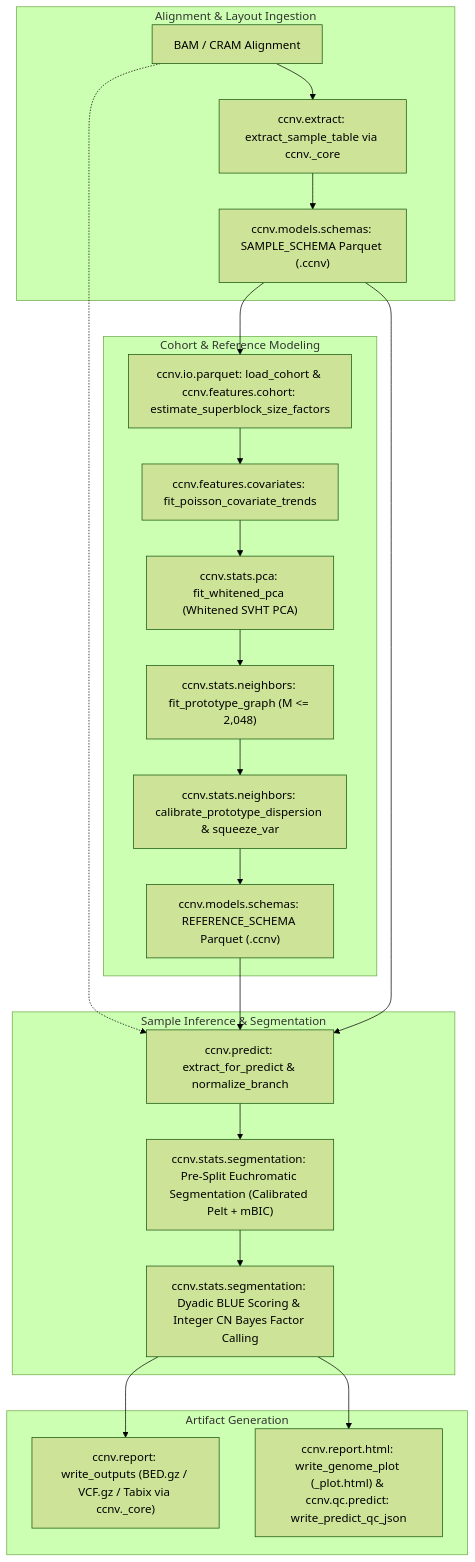
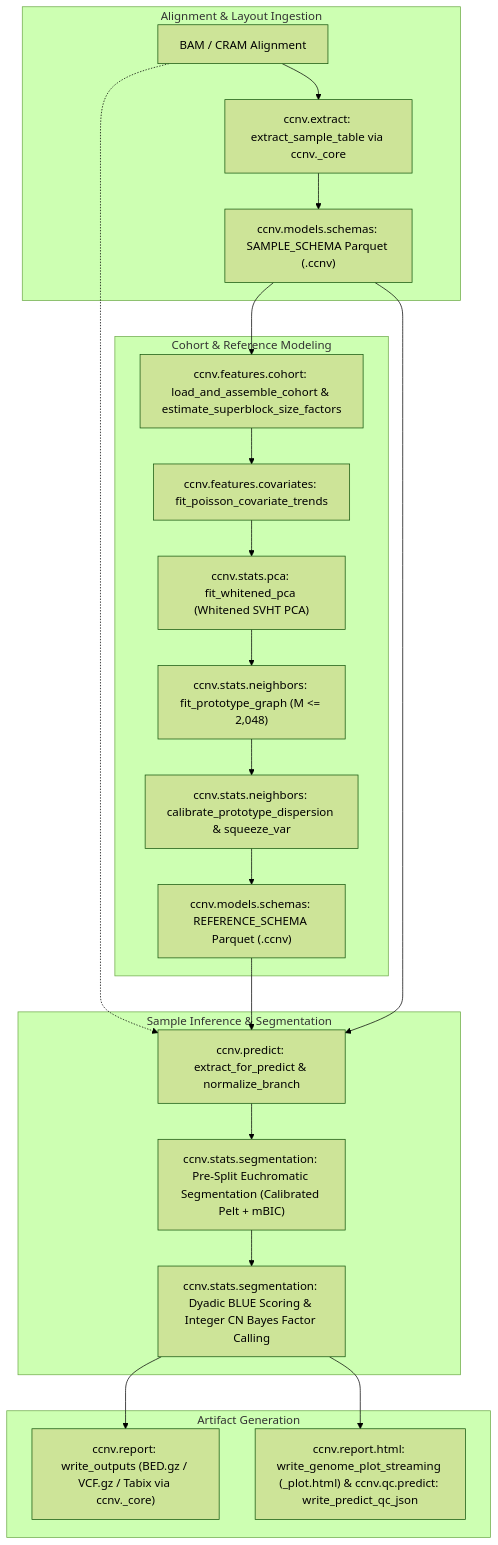
The diagram in src/ccnv/README.md (matthdsm/ccnv), drawn with Mermaid (forest theme) before and after one commit. The commit also changed other lines of this file and 8 other files, not shown here.

````diff
--- a/src/ccnv/README.md
+++ b/src/ccnv/README.md
@@ -7,26 +7,26 @@
 ```mermaid
 flowchart TD
     subgraph Ingestion["Alignment & Layout Ingestion"]
         A["BAM / CRAM Alignment"] --> B["ccnv.extract: extract_sample_table via ccnv._core"]
         B --> C["ccnv.models.schemas: SAMPLE_SCHEMA Parquet (.ccnv)"]
     end
     subgraph ReferenceModeling["Cohort & Reference Modeling"]
-        C --> D["ccnv.io.parquet: load_cohort & ccnv.features.cohort: estimate_superblock_size_factors"]
+        C --> D["ccnv.features.cohort: load_and_assemble_cohort & estimate_superblock_size_factors"]
         D --> E["ccnv.features.covariates: fit_poisson_covariate_trends"]
         E --> F["ccnv.stats.pca: fit_whitened_pca (Whitened SVHT PCA)"]
         F --> G["ccnv.stats.neighbors: fit_prototype_graph (M <= 2,048)"]
         G --> H["ccnv.stats.neighbors: calibrate_prototype_dispersion & squeeze_var"]
         H --> I["ccnv.models.schemas: REFERENCE_SCHEMA Parquet (.ccnv)"]
     end
     subgraph Inference["Sample Inference & Segmentation"]
         A -.-> J["ccnv.predict: extract_for_predict & normalize_branch"]
         I --> J
         C --> J
         J --> K["ccnv.stats.segmentation: Pre-Split Euchromatic Segmentation (Calibrated Pelt + mBIC)"]
         K --> L["ccnv.stats.segmentation: Dyadic BLUE Scoring & Integer CN Bayes Factor Calling"]
     end
     subgraph Reporting["Artifact Generation"]
         L --> M["ccnv.report: write_outputs (BED.gz / VCF.gz / Tabix via ccnv._core)"]
-        L --> N["ccnv.report.html: write_genome_plot (_plot.html) & ccnv.qc.predict: write_predict_qc_json"]
+        L --> N["ccnv.report.html: write_genome_plot_streaming (_plot.html) & ccnv.qc.predict: write_predict_qc_json"]
     end
 ```
````
